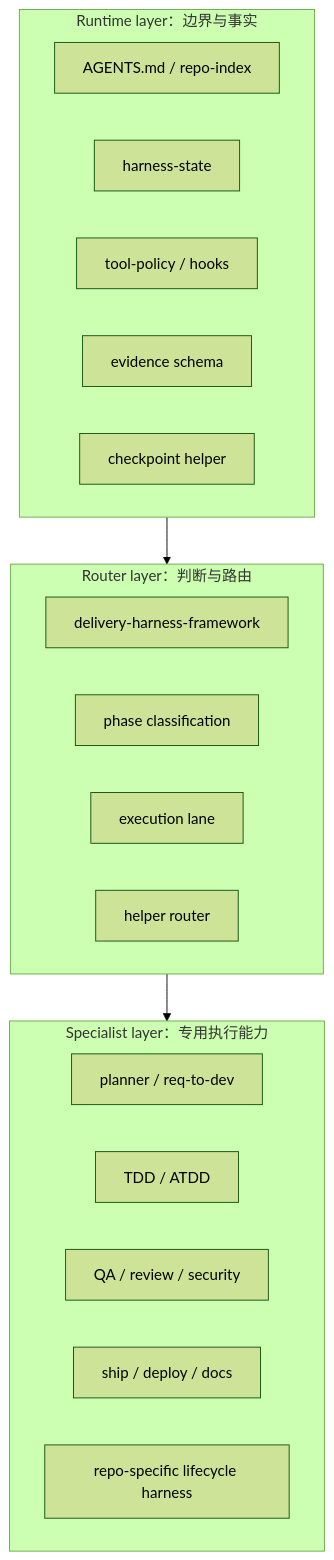
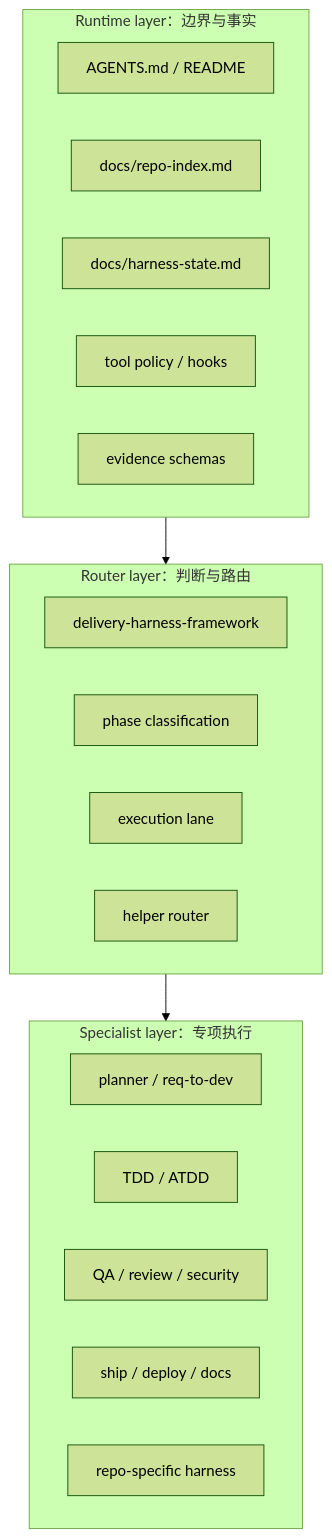
Before and after one commit to bryanzk/MyCodexEnv: the second of 8 diagrams in docs/delivery-harness-framework-manual-cn.md, drawn with Mermaid (forest theme). The commit also changed other lines of this file and 2 other files, not shown here.

````diff
--- a/docs/delivery-harness-framework-manual-cn.md
+++ b/docs/delivery-harness-framework-manual-cn.md
@@ -90,27 +134,27 @@
 ```mermaid
 flowchart TB
   subgraph Runtime["Runtime layer：边界与事实"]
-    R1["AGENTS.md / repo-index"]
-    R2["harness-state"]
-    R3["tool-policy / hooks"]
-    R4["evidence schema"]
-    R5["checkpoint helper"]
+    R1["AGENTS.md / README"]
+    R2["docs/repo-index.md"]
+    R3["docs/harness-state.md"]
+    R4["tool policy / hooks"]
+    R5["evidence schemas"]
   end
 
   subgraph Router["Router layer：判断与路由"]
     H1["delivery-harness-framework"]
     H2["phase classification"]
     H3["execution lane"]
     H4["helper router"]
   end
 
-  subgraph Specialist["Specialist layer：专用执行能力"]
+  subgraph Specialist["Specialist layer：专项执行"]
     S1["planner / req-to-dev"]
     S2["TDD / ATDD"]
     S3["QA / review / security"]
     S4["ship / deploy / docs"]
-    S5["repo-specific lifecycle harness"]
+    S5["repo-specific harness"]
   end
 
   Runtime --> Router --> Specialist
 ```
````
